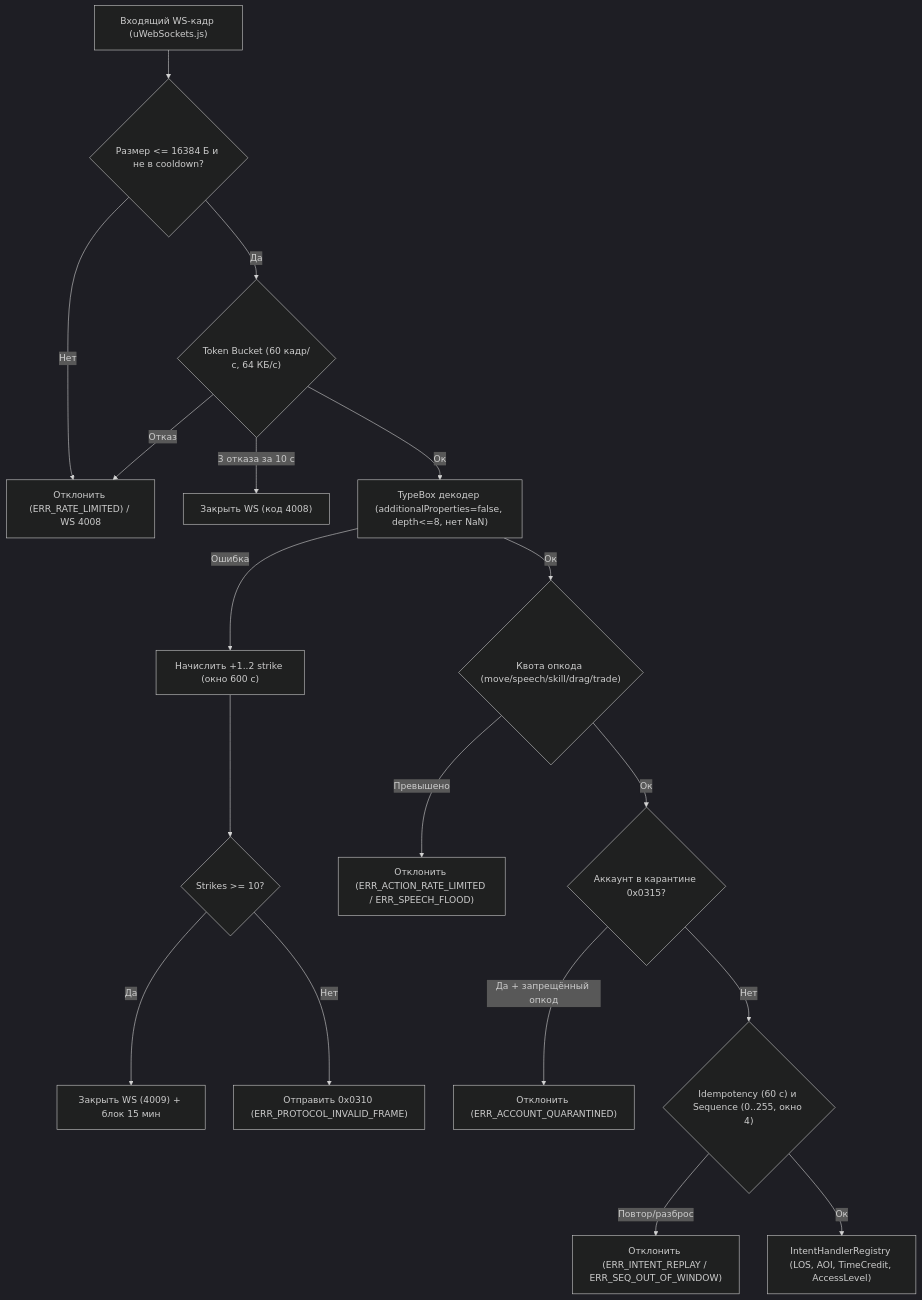
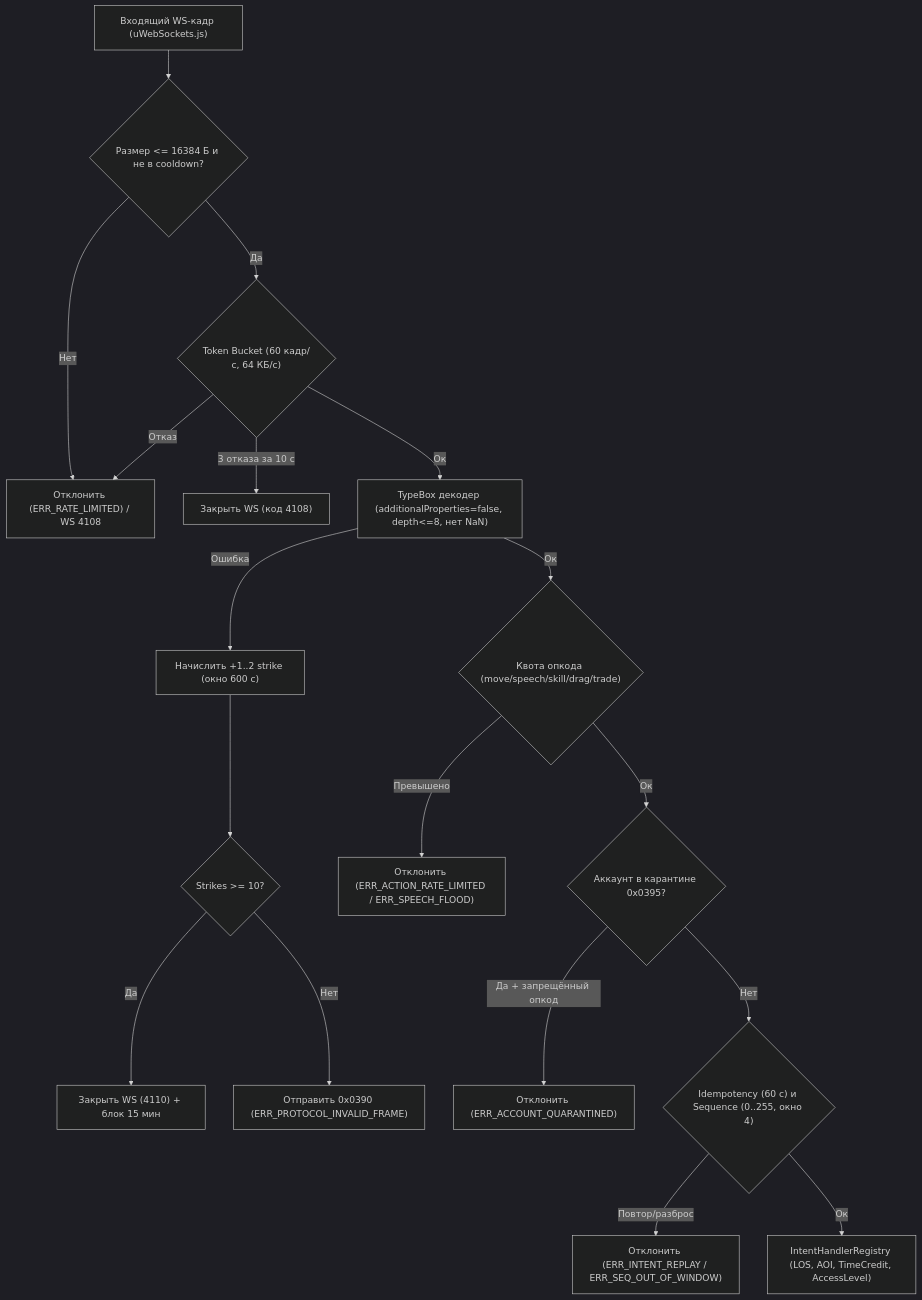
Before and after one commit to SergioAndreev/uo3: the first of 3 diagrams in openspec/changes/p31-security-and-anti-cheat/design.md, drawn with Mermaid (dark theme). The commit also changed other lines of this file and 188 other files, not shown here.

````diff
--- a/openspec/changes/p31-security-and-anti-cheat/design.md
+++ b/openspec/changes/p31-security-and-anti-cheat/design.md
@@ -163,20 +165,20 @@
 ```mermaid
 flowchart TD
     In["Входящий WS-кадр (uWebSockets.js)"] --> SizeCheck{"Размер <= 16384 Б и не в cooldown?"}
-    SizeCheck -- "Нет" --> DropRate["Отклонить (ERR_RATE_LIMITED) / WS 4008"]
+    SizeCheck -- "Нет" --> DropRate["Отклонить (ERR_RATE_LIMITED) / WS 4108"]
     SizeCheck -- "Да" --> ConnBucket{"Token Bucket (60 кадр/с, 64 КБ/с)"}
-    ConnBucket -- "3 отказа за 10 с" --> CloseFlood["Закрыть WS (код 4008)"]
+    ConnBucket -- "3 отказа за 10 с" --> CloseFlood["Закрыть WS (код 4108)"]
     ConnBucket -- "Отказ" --> DropRate
     ConnBucket -- "Ок" --> SchemaDecode["TypeBox декодер (additionalProperties=false, depth<=8, нет NaN)"]
     SchemaDecode -- "Ошибка" --> StrikeAdd["Начислить +1..2 strike (окно 600 с)"]
     StrikeAdd --> StrikeEval{"Strikes >= 10?"}
-    StrikeEval -- "Да" --> BanConn["Закрыть WS (4009) + блок 15 мин"]
-    StrikeEval -- "Нет" --> Notice["Отправить 0x0310 (ERR_PROTOCOL_INVALID_FRAME)"]
+    StrikeEval -- "Да" --> BanConn["Закрыть WS (4110) + блок 15 мин"]
+    StrikeEval -- "Нет" --> Notice["Отправить 0x0390 (ERR_PROTOCOL_INVALID_FRAME)"]
     SchemaDecode -- "Ок" --> ActionBucket{"Квота опкода (move/speech/skill/drag/trade)"}
     ActionBucket -- "Превышено" --> ActionErr["Отклонить (ERR_ACTION_RATE_LIMITED / ERR_SPEECH_FLOOD)"]
-    ActionBucket -- "Ок" --> QuarantineCheck{"Аккаунт в карантине 0x0315?"}
+    ActionBucket -- "Ок" --> QuarantineCheck{"Аккаунт в карантине 0x0395?"}
     QuarantineCheck -- "Да + запрещённый опкод" --> QuarErr["Отклонить (ERR_ACCOUNT_QUARANTINED)"]
     QuarantineCheck -- "Нет" --> IdempSeq{"Idempotency (60 с) и Sequence (0..255, окно 4)"}
     IdempSeq -- "Повтор/разброс" --> ReplayErr["Отклонить (ERR_INTENT_REPLAY / ERR_SEQ_OUT_OF_WINDOW)"]
     IdempSeq -- "Ок" --> IntentExec["IntentHandlerRegistry (LOS, AOI, TimeCredit, AccessLevel)"]
 ```
````
